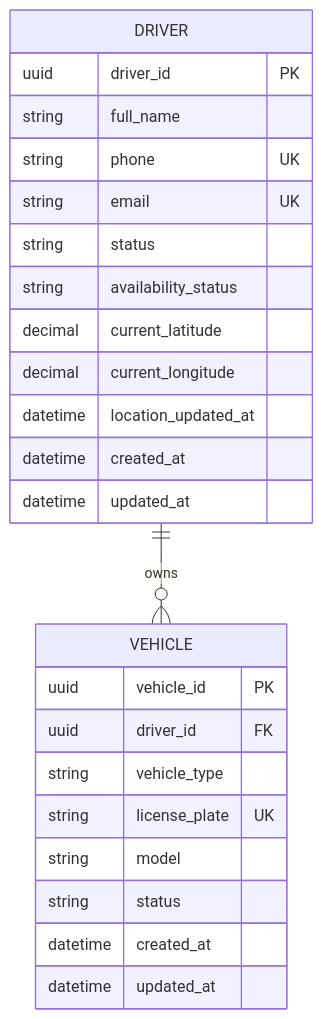
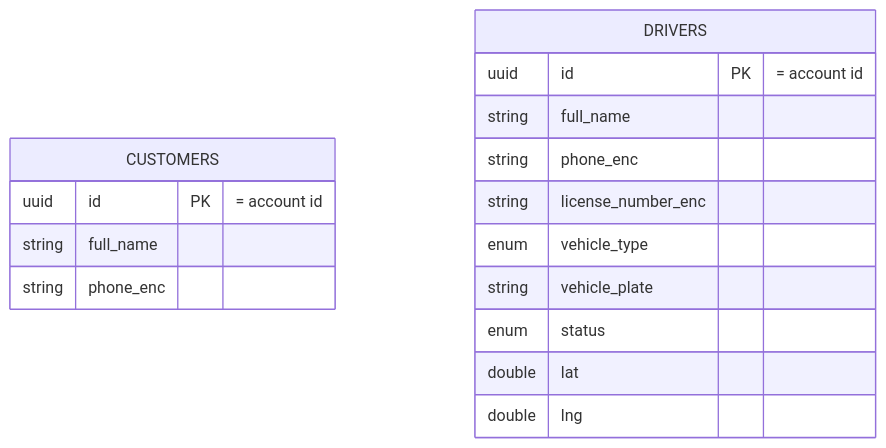
Before and after one commit to vthaix/23674231_TranVanThai_Cabsystem: the third of 7 diagrams in microservice_design.md, drawn with Mermaid. The commit also changed other lines of this file and 3 other files, not shown here.

````diff
--- a/microservice_design.md
+++ b/microservice_design.md
@@ -823,28 +311,19 @@
 ```mermaid
 erDiagram
-    DRIVER ||--o{ VEHICLE : owns
-
-    DRIVER {
-        uuid driver_id PK
+    CUSTOMERS {
+        uuid id PK "= account id"
         string full_name
-        string phone UK
-        string email UK
-        string status
-        string availability_status
-        decimal current_latitude
-        decimal current_longitude
-        datetime location_updated_at
-        datetime created_at
-        datetime updated_at
+        string phone_enc
     }
-    VEHICLE {
-        uuid vehicle_id PK
-        uuid driver_id FK
-        string vehicle_type
-        string license_plate UK
-        string model
-        string status
-        datetime created_at
-        datetime updated_at
+    DRIVERS {
+        uuid id PK "= account id"
+        string full_name
+        string phone_enc
+        string license_number_enc
+        enum vehicle_type
+        string vehicle_plate
+        enum status
+        double lat
+        double lng
     }
 ```
````
